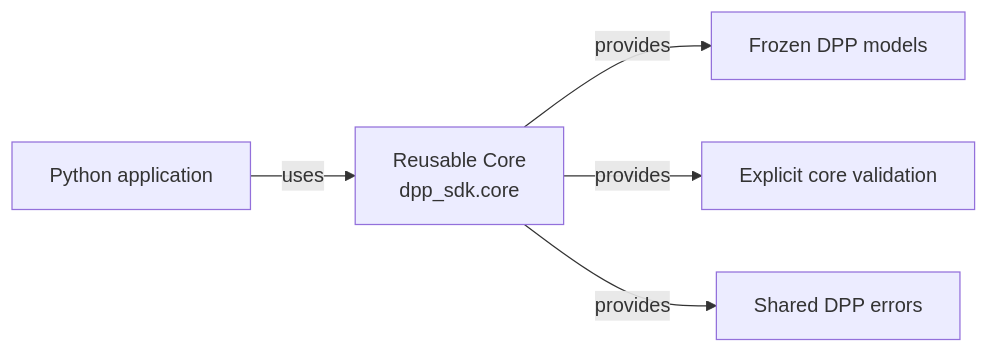
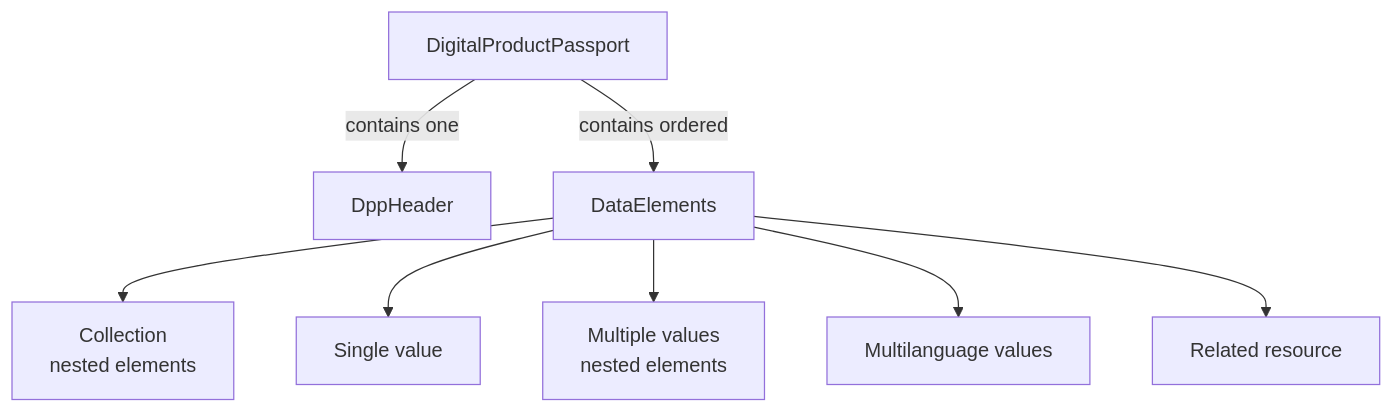
Before and after one commit to CIR4FUN-EU/python-dpp-sdk: the diagram in docs/architecture/python-core-model.mmd, drawn with Mermaid. The commit also changed 114 other files, not shown here.

Commit message:
Release 0.5.0: canonical passport model, DPP4Fun profile, JSON clients, and reworked documentation

```diff
--- a/docs/architecture/python-core-model.mmd
+++ b/docs/architecture/python-core-model.mmd
@@ -1,5 +1,8 @@
-flowchart LR
-  App["Python application"] -->|uses| Core["Reusable Core<br/>dpp_sdk.core"]
-  Core -->|provides| Models["Frozen DPP models"]
-  Core -->|provides| Validation["Explicit core validation"]
-  Core -->|provides| Errors["Shared DPP errors"]
+flowchart TB
+  Passport["DigitalProductPassport"] -->|contains one| Header["DppHeader"]
+  Passport -->|contains ordered| Elements["DataElements"]
+  Elements --> Collection["Collection<br/>nested elements"]
+  Elements --> Single["Single value"]
+  Elements --> Multi["Multiple values<br/>nested elements"]
+  Elements --> Language["Multilanguage values"]
+  Elements --> Resource["Related resource"]
```
